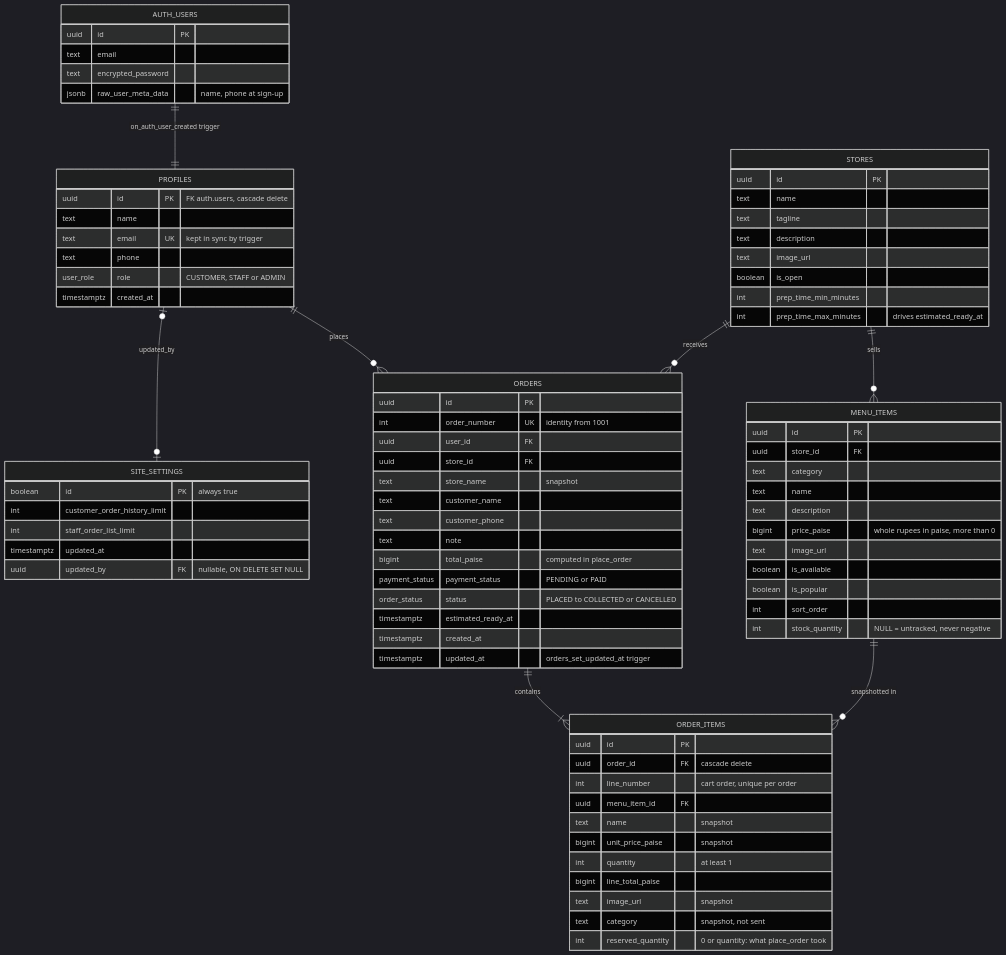
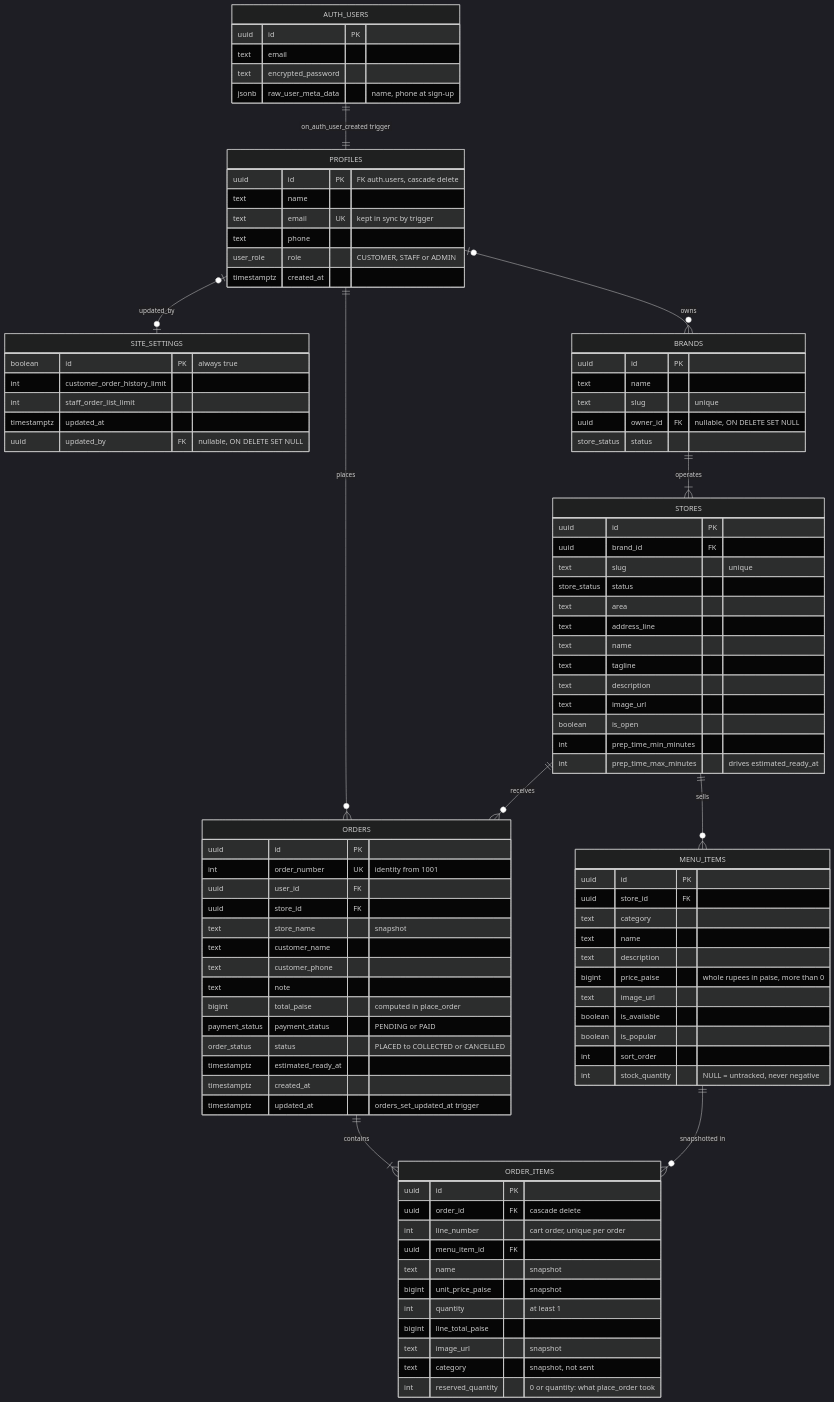
One commit to The-KhaNha/KhaNha changed diagram 28 of 28 in docs/ARCHITECTURE.md. Above: the diagram before and after it, drawn with Mermaid (dark theme). The commit also changed other lines of this file and 40 other files, not shown here.

First line of the commit message:
P2 PR 01: brands and stores, expand, and the seed

```diff
--- a/docs/ARCHITECTURE.md
+++ b/docs/ARCHITECTURE.md
@@ -990,6 +990,8 @@
   AUTH_USERS ||--|| PROFILES : "on_auth_user_created trigger"
   PROFILES o|--o| SITE_SETTINGS : updated_by
   PROFILES ||--o{ ORDERS : places
+  PROFILES o|--o{ BRANDS : owns
+  BRANDS ||--|{ STORES : operates
   STORES ||--o{ MENU_ITEMS : sells
   STORES ||--o{ ORDERS : receives
   ORDERS ||--|{ ORDER_ITEMS : contains
@@ -1016,8 +1018,20 @@
     timestamptz updated_at
     uuid updated_by FK "nullable, ON DELETE SET NULL"
   }
+  BRANDS {
+    uuid id PK
+    text name
+    text slug "unique"
+    uuid owner_id FK "nullable, ON DELETE SET NULL"
+    store_status status
+  }
   STORES {
     uuid id PK
+    uuid brand_id FK
+    text slug "unique"
+    store_status status
+    text area
+    text address_line
     text name
     text tagline
     text description
```
